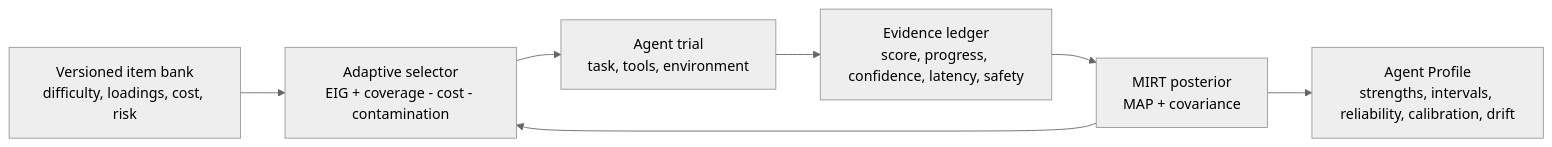
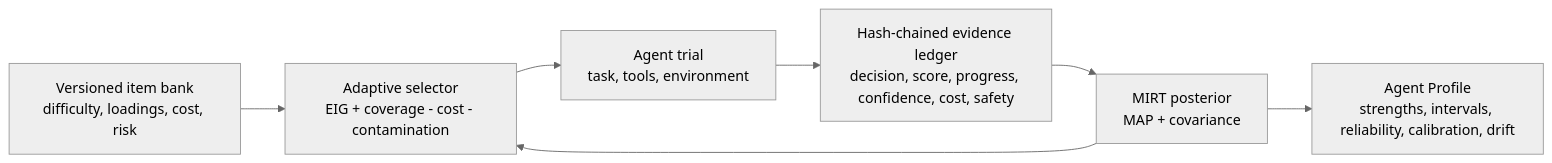
Before and after one commit to wang2122/sprix-agent-spectra: the diagram in README.md, drawn with Mermaid (neutral theme). The commit also changed other lines of this file, not shown here.

````diff
--- a/README.md
+++ b/README.md
@@ -32,9 +38,9 @@
 ```mermaid
 flowchart LR
     A["Versioned item bank<br/>difficulty, loadings, cost, risk"] --> B["Adaptive selector<br/>EIG + coverage - cost - contamination"]
     B --> C["Agent trial<br/>task, tools, environment"]
-    C --> D["Evidence ledger<br/>score, progress, confidence, latency, safety"]
+    C --> D["Hash-chained evidence ledger<br/>decision, score, progress, confidence, cost, safety"]
     D --> E["MIRT posterior<br/>MAP + covariance"]
     E --> B
     E --> F["Agent Profile<br/>strengths, intervals, reliability, calibration, drift"]
 ```
````
